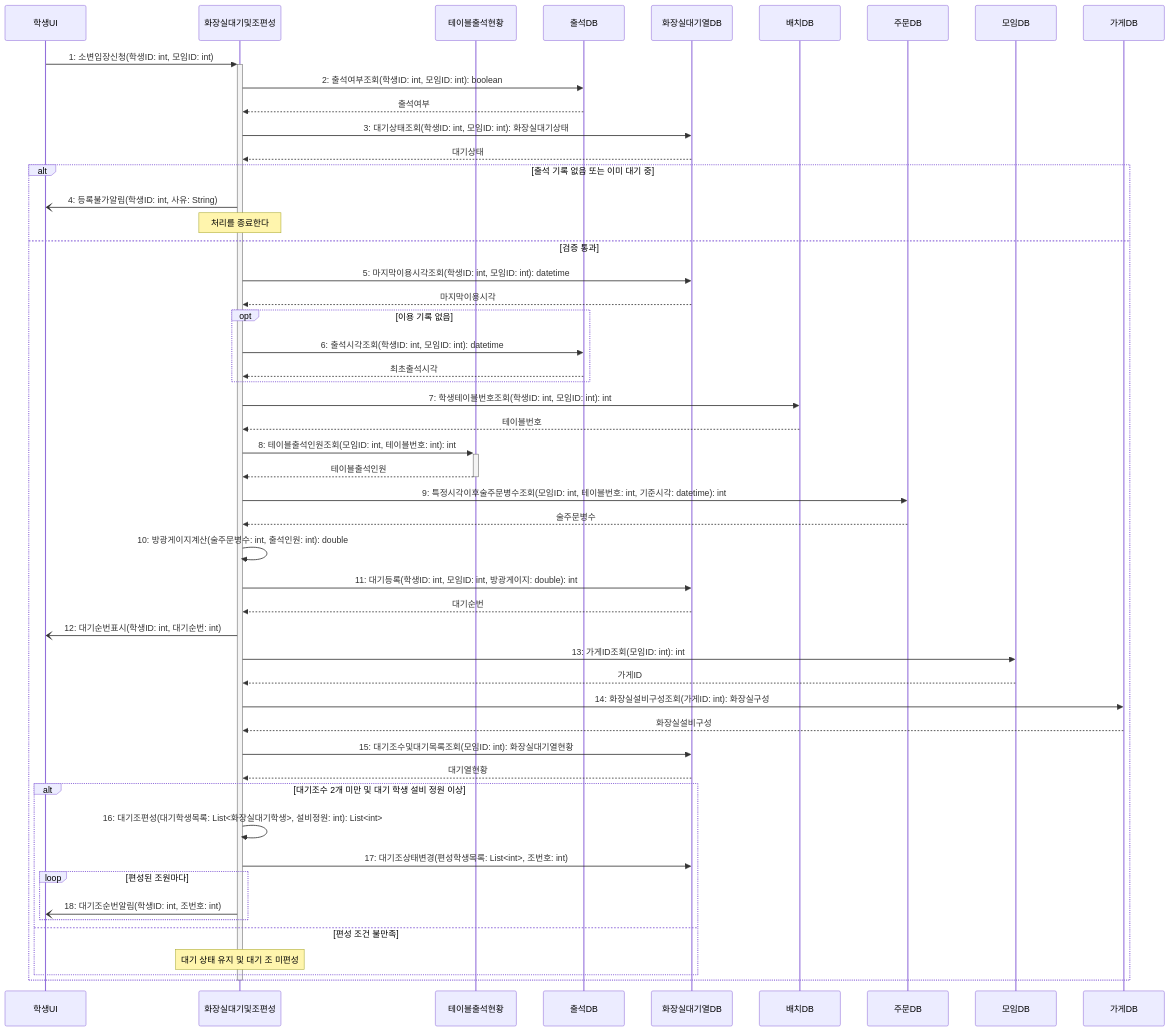
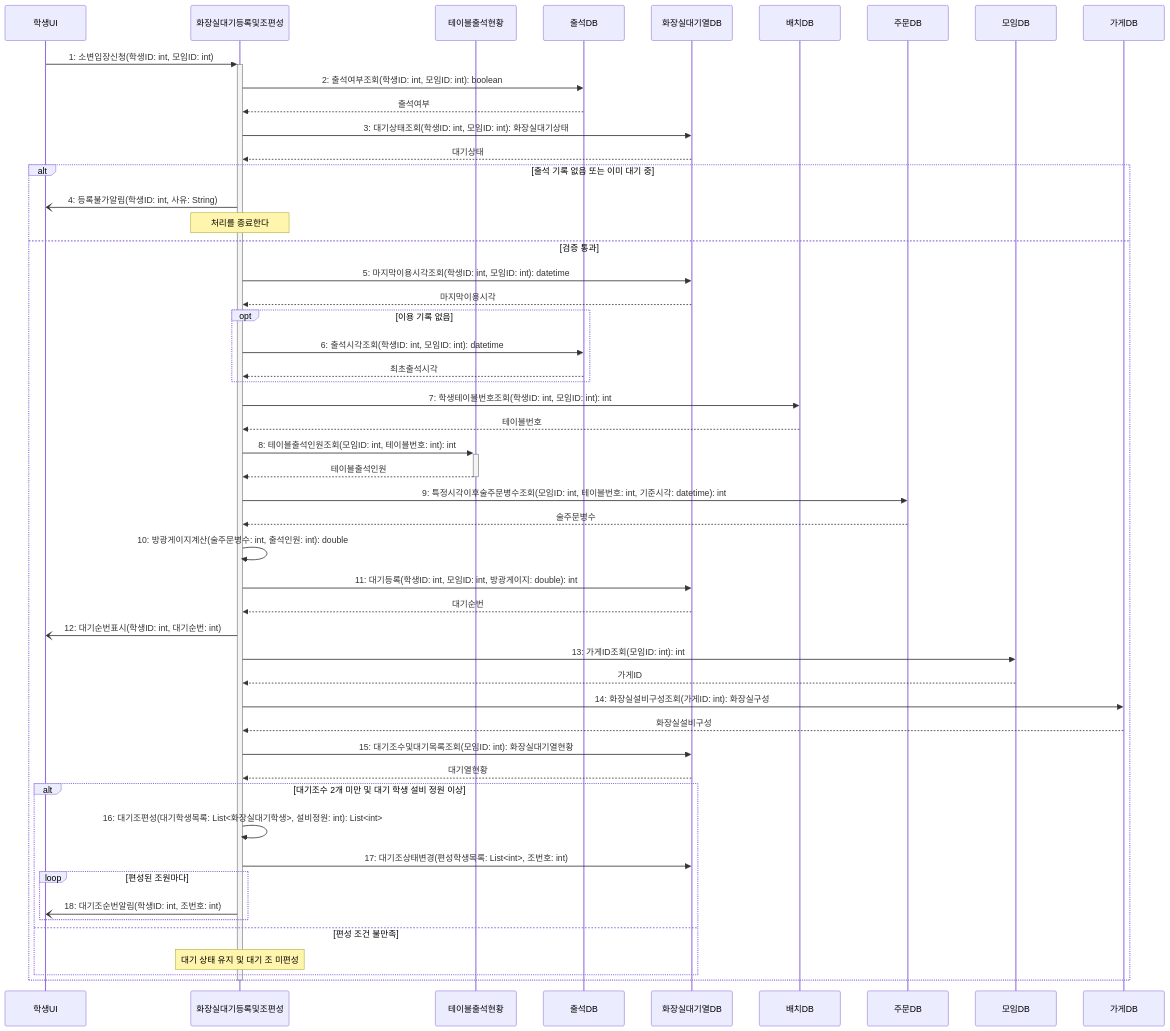
The diagram in sequence/seq-18-1.md (hojae3/sw-engineering-16), drawn with Mermaid before and after one commit. The commit also changed other lines of this file and 42 other files, not shown here.

````diff
--- a/sequence/seq-18-1.md
+++ b/sequence/seq-18-1.md
@@ -28,57 +28,57 @@
 ```mermaid
 sequenceDiagram
     participant 학생UI as 학생UI
-    participant 편성 as 화장실대기및조편성
+    participant 편성 as 화장실대기등록및조편성
     participant 현황 as 테이블출석현황
     participant 출석DB as 출석DB
     participant 화장실DB as 화장실대기열DB
     participant 배치DB as 배치DB
     participant 주문DB as 주문DB
     participant 모임DB as 모임DB
     participant 가게DB as 가게DB
 
     학생UI->>+편성: 1: 소변입장신청(학생ID: int, 모임ID: int)
     편성->>출석DB: 2: 출석여부조회(학생ID: int, 모임ID: int): boolean
     출석DB-->>편성: 출석여부
     편성->>화장실DB: 3: 대기상태조회(학생ID: int, 모임ID: int): 화장실대기상태
     화장실DB-->>편성: 대기상태
 
     alt 출석 기록 없음 또는 이미 대기 중
         편성-)학생UI: 4: 등록불가알림(학생ID: int, 사유: String)
         Note over 편성: 처리를 종료한다
     else 검증 통과
         편성->>화장실DB: 5: 마지막이용시각조회(학생ID: int, 모임ID: int): datetime
         화장실DB-->>편성: 마지막이용시각
         opt 이용 기록 없음
             편성->>출석DB: 6: 출석시각조회(학생ID: int, 모임ID: int): datetime
             출석DB-->>편성: 최초출석시각
         end
         편성->>배치DB: 7: 학생테이블번호조회(학생ID: int, 모임ID: int): int
         배치DB-->>편성: 테이블번호
         편성->>+현황: 8: 테이블출석인원조회(모임ID: int, 테이블번호: int): int
         현황-->>-편성: 테이블출석인원
         편성->>주문DB: 9: 특정시각이후술주문병수조회(모임ID: int, 테이블번호: int, 기준시각: datetime): int
         주문DB-->>편성: 술주문병수
         편성->>편성: 10: 방광게이지계산(술주문병수: int, 출석인원: int): double
         편성->>화장실DB: 11: 대기등록(학생ID: int, 모임ID: int, 방광게이지: double): int
         화장실DB-->>편성: 대기순번
         편성-)학생UI: 12: 대기순번표시(학생ID: int, 대기순번: int)
 
         편성->>모임DB: 13: 가게ID조회(모임ID: int): int
         모임DB-->>편성: 가게ID
         편성->>가게DB: 14: 화장실설비구성조회(가게ID: int): 화장실구성
         가게DB-->>편성: 화장실설비구성
         편성->>화장실DB: 15: 대기조수및대기목록조회(모임ID: int): 화장실대기열현황
         화장실DB-->>편성: 대기열현황
         alt 대기조수 2개 미만 및 대기 학생 설비 정원 이상
             편성->>편성: 16: 대기조편성(대기학생목록: List<화장실대기학생>, 설비정원: int): List<int>
             편성->>화장실DB: 17: 대기조상태변경(편성학생목록: List<int>, 조번호: int)
             loop 편성된 조원마다
                 편성-)학생UI: 18: 대기조순번알림(학생ID: int, 조번호: int)
             end
         else 편성 조건 불만족
             Note over 편성: 대기 상태 유지 및 대기 조 미편성
         end
     end
     deactivate 편성
 ```
````
